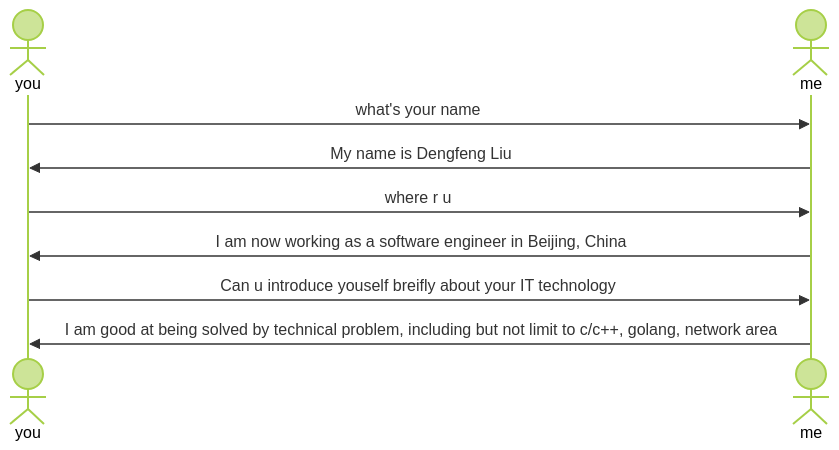
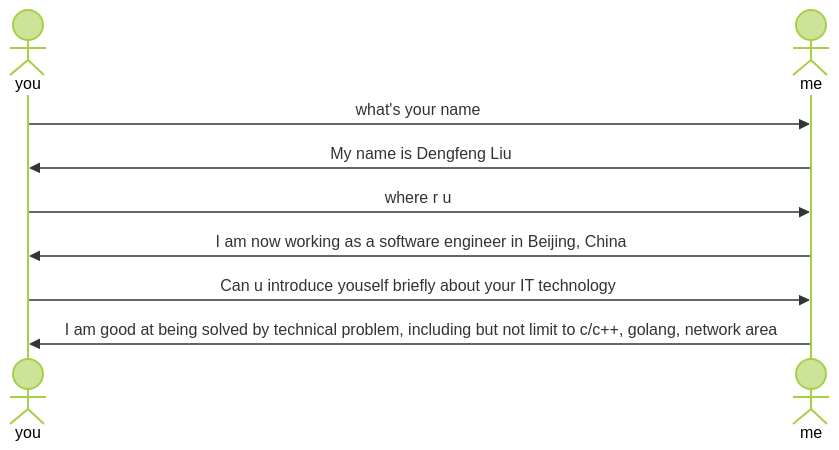
One commit to liudf0716/liudf0716 changed the diagram in README.md. Above: the diagram before and after it, drawn with Mermaid (forest theme).

````diff
--- a/README.md
+++ b/README.md
@@ -3,12 +3,12 @@
 ```mermaid
 sequenceDiagram
   actor you
   actor me
   
   you ->> me : what's your name
   me ->> you : My name is Dengfeng Liu
   you ->> me : where r u
   me ->> you : I am now working as a software engineer in Beijing, China
-  you ->> me : Can u introduce youself breifly about your IT technology
+  you ->> me : Can u introduce youself briefly about your IT technology
   me ->> you : I am good at being solved by technical problem, including but not limit to c/c++, golang, network area
 ```
````
